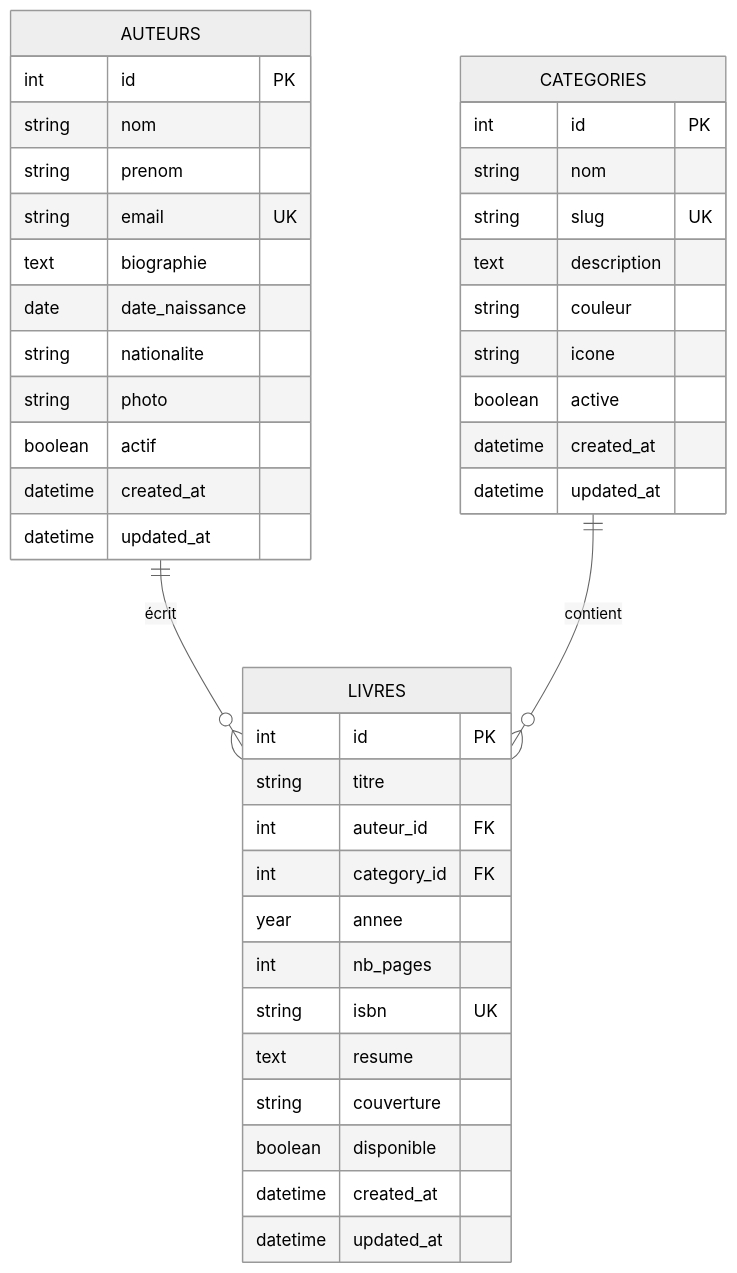
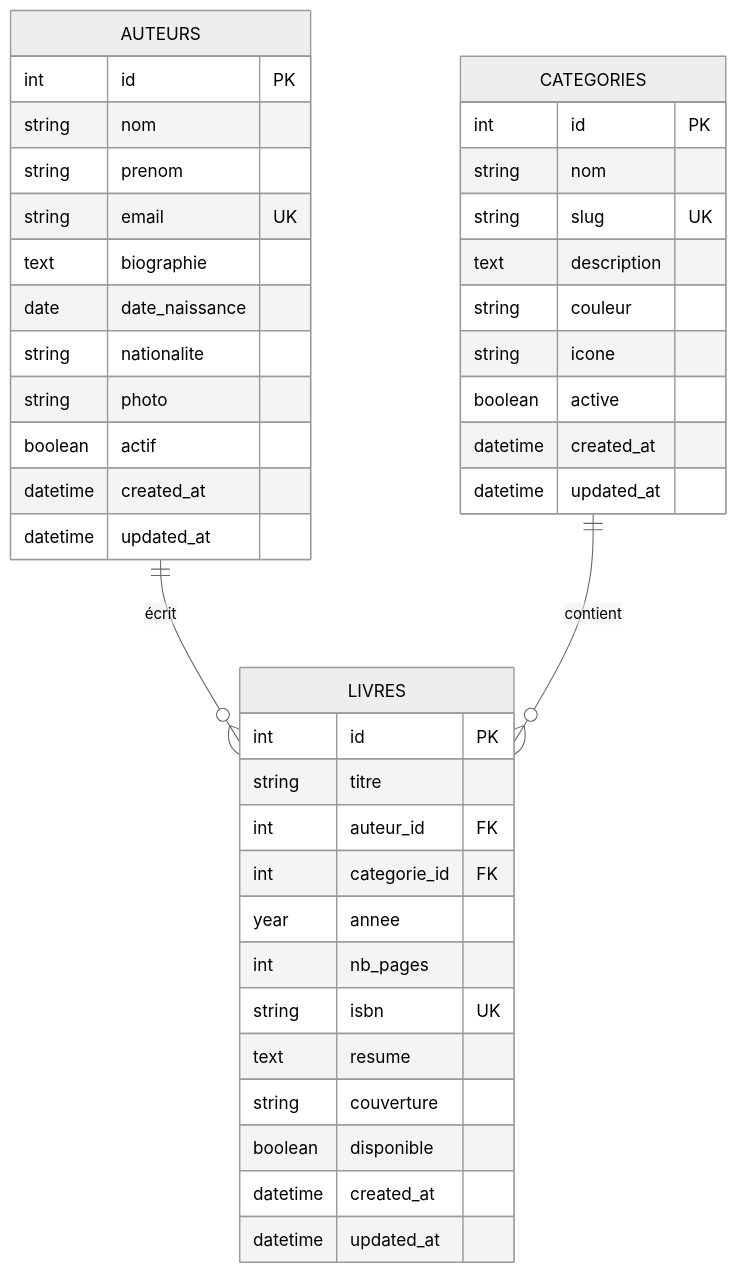
One commit to BTS2-SIO-SLAM-LSW/bibliotech-laravel-bts-sio changed the diagram in docs/seance-02/04-TP-MIGRATIONS.md. Above: the diagram before and after it, drawn with Mermaid (neutral theme). The commit also changed other lines of this file, not shown here.

First line of the commit message:
fix: Corriger les références Category vers Categorie dans 04-TP-MIGRATIONS.md

````diff
--- a/docs/seance-02/04-TP-MIGRATIONS.md
+++ b/docs/seance-02/04-TP-MIGRATIONS.md
@@ -549,46 +549,46 @@
 ```mermaid
 erDiagram
     AUTEURS {
         int id PK
         string nom
         string prenom
         string email UK
         text biographie
         date date_naissance
         string nationalite
         string photo
         boolean actif
         datetime created_at
         datetime updated_at
     }
     
     CATEGORIES {
         int id PK
         string nom
         string slug UK
         text description
         string couleur
         string icone
         boolean active
         datetime created_at
         datetime updated_at
     }
     
     LIVRES {
         int id PK
         string titre
         int auteur_id FK
-        int category_id FK
+        int categorie_id FK
         year annee
         int nb_pages
         string isbn UK
         text resume
         string couverture
         boolean disponible
         datetime created_at
         datetime updated_at
     }
     
     AUTEURS ||--o{ LIVRES : "écrit"
     CATEGORIES ||--o{ LIVRES : "contient"
 ```
````
